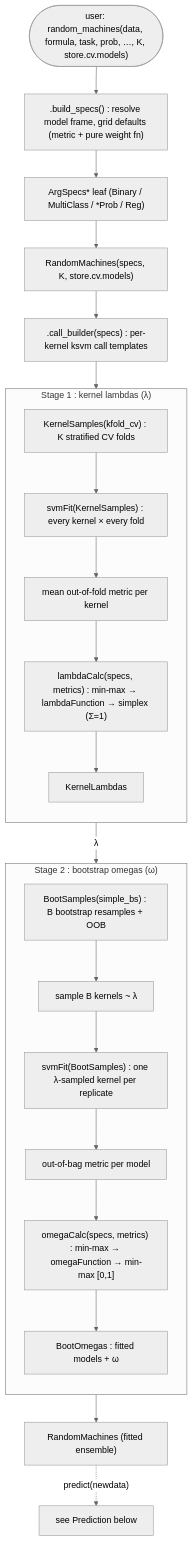
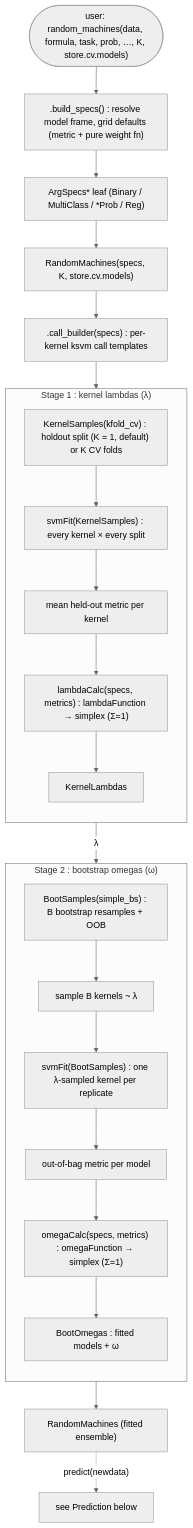
Before and after one commit to Vitor-Pignatari/Random-Machines: the second of 3 diagrams in ARCHITECTURE.md, drawn with Mermaid (neutral theme). The commit also changed other lines of this file and 36 other files, not shown here.

````diff
--- a/ARCHITECTURE.md
+++ b/ARCHITECTURE.md
@@ -146,33 +147,33 @@
 ```mermaid
 flowchart TD
   U(["user: random_machines(data, formula, task, prob, …, K, store.cv.models)"])
   U --> BUILD[".build_specs() : resolve model frame, grid defaults (metric + pure weight fn)"]
   BUILD --> SPEC["ArgSpecs* leaf (Binary / MultiClass / *Prob / Reg)"]
   SPEC --> ORCH["RandomMachines(specs, K, store.cv.models)"]
   ORCH --> CB[".call_builder(specs) : per-kernel ksvm call templates"]
 
   subgraph S1["Stage 1 : kernel lambdas (λ)"]
     direction TB
-    KS["KernelSamples(kfold_cv) : K stratified CV folds"]
-    KS --> FIT1["svmFit(KernelSamples) : every kernel × every fold"]
-    FIT1 --> M1["mean out-of-fold metric per kernel"]
-    M1 --> LAM["lambdaCalc(specs, metrics) : min-max → lambdaFunction → simplex (Σ=1)"]
+    KS["KernelSamples(kfold_cv) : holdout split (K = 1, default) or K CV folds"]
+    KS --> FIT1["svmFit(KernelSamples) : every kernel × every split"]
+    FIT1 --> M1["mean held-out metric per kernel"]
+    M1 --> LAM["lambdaCalc(specs, metrics) : lambdaFunction → simplex (Σ=1)"]
     LAM --> KL["KernelLambdas"]
   end
 
   subgraph S2["Stage 2 : bootstrap omegas (ω)"]
     direction TB
     BS["BootSamples(simple_bs) : B bootstrap resamples + OOB"]
     BS --> DRAW["sample B kernels ~ λ"]
     DRAW --> FIT2["svmFit(BootSamples) : one λ-sampled kernel per replicate"]
     FIT2 --> M2["out-of-bag metric per model"]
-    M2 --> OM["omegaCalc(specs, metrics) : min-max → omegaFunction → min-max [0,1]"]
+    M2 --> OM["omegaCalc(specs, metrics) : omegaFunction → simplex (Σ=1)"]
     OM --> BO["BootOmegas : fitted models + ω"]
   end
 
   CB --> KS
   KL -->|"λ"| DRAW
   BO --> RM["RandomMachines (fitted ensemble)"]
 
   RM -.->|"predict(newdata)"| PRED["see Prediction below"]
 ```
````
